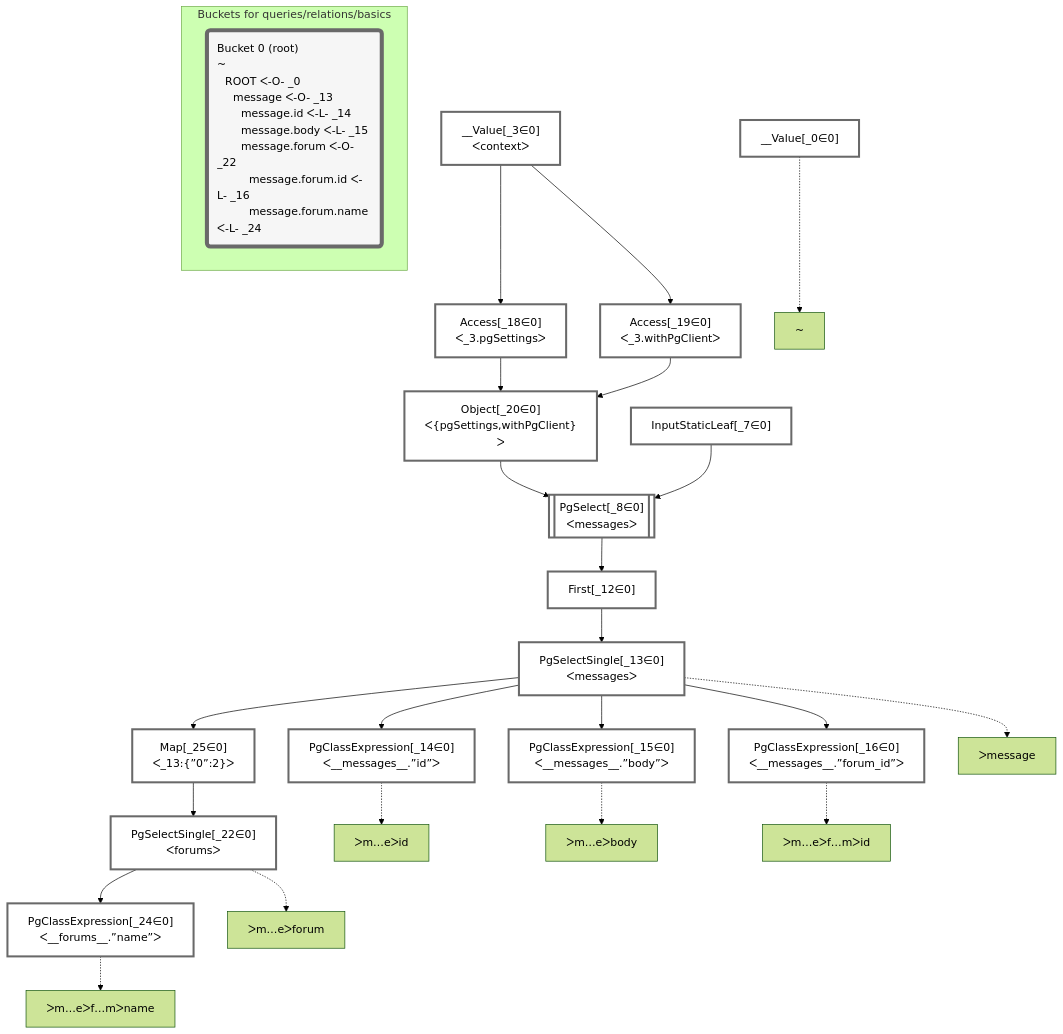
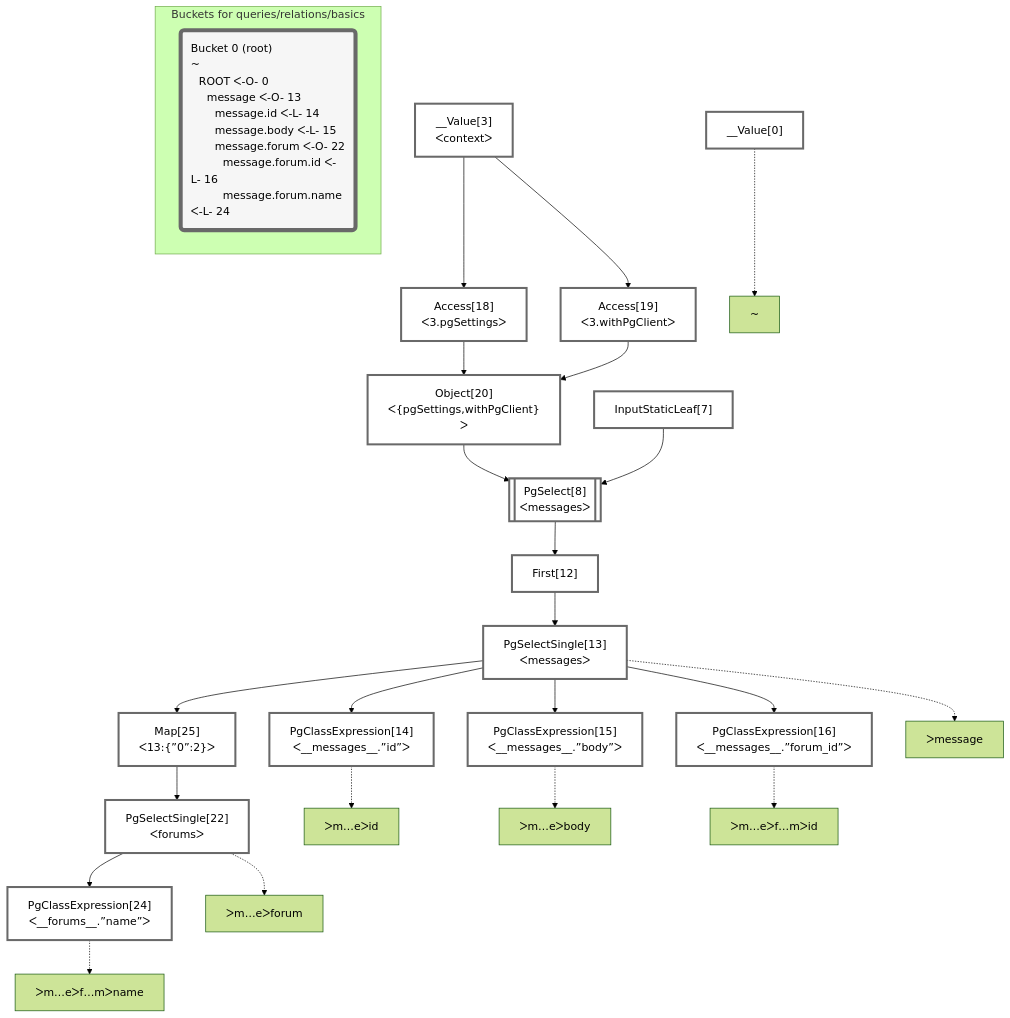
Before and after one commit to graphile/crystal: the diagram in packages/dataplan-pg/__tests__/queries/relations/basics.mermaid.md, drawn with Mermaid (forest theme). The commit also changed 195 other files, not shown here.

````diff
--- a/packages/dataplan-pg/__tests__/queries/relations/basics.mermaid.md
+++ b/packages/dataplan-pg/__tests__/queries/relations/basics.mermaid.md
@@ -1,62 +1,62 @@
 ```mermaid
 graph TD
     classDef path fill:#eee,stroke:#000,color:#000
     classDef plan fill:#fff,stroke-width:3px,color:#000
     classDef itemplan fill:#fff,stroke-width:6px,color:#000
     classDef sideeffectplan fill:#f00,stroke-width:6px,color:#000
     classDef bucket fill:#f6f6f6,color:#000,stroke-width:6px,text-align:left
 
 
     %% define plans
-    __Value_0["__Value[_0∈0]"]:::plan
-    PgClassExpression_14["PgClassExpression[_14∈0]<br />ᐸ__messages__.”id”ᐳ"]:::plan
-    PgClassExpression_15["PgClassExpression[_15∈0]<br />ᐸ__messages__.”body”ᐳ"]:::plan
-    PgClassExpression_16["PgClassExpression[_16∈0]<br />ᐸ__messages__.”forum_id”ᐳ"]:::plan
-    PgClassExpression_24["PgClassExpression[_24∈0]<br />ᐸ__forums__.”name”ᐳ"]:::plan
-    PgSelectSingle_22["PgSelectSingle[_22∈0]<br />ᐸforumsᐳ"]:::plan
-    Map_25["Map[_25∈0]<br />ᐸ_13:{”0”:2}ᐳ"]:::plan
-    PgSelectSingle_13["PgSelectSingle[_13∈0]<br />ᐸmessagesᐳ"]:::plan
-    First_12["First[_12∈0]"]:::plan
-    PgSelect_8[["PgSelect[_8∈0]<br />ᐸmessagesᐳ"]]:::plan
-    Object_20["Object[_20∈0]<br />ᐸ{pgSettings,withPgClient}ᐳ"]:::plan
-    Access_18["Access[_18∈0]<br />ᐸ_3.pgSettingsᐳ"]:::plan
-    Access_19["Access[_19∈0]<br />ᐸ_3.withPgClientᐳ"]:::plan
-    __Value_3["__Value[_3∈0]<br />ᐸcontextᐳ"]:::plan
-    InputStaticLeaf_7["InputStaticLeaf[_7∈0]"]:::plan
+    __Value0["__Value[0]"]:::plan
+    PgClassExpression14["PgClassExpression[14]<br />ᐸ__messages__.”id”ᐳ"]:::plan
+    PgClassExpression15["PgClassExpression[15]<br />ᐸ__messages__.”body”ᐳ"]:::plan
+    PgClassExpression16["PgClassExpression[16]<br />ᐸ__messages__.”forum_id”ᐳ"]:::plan
+    PgClassExpression24["PgClassExpression[24]<br />ᐸ__forums__.”name”ᐳ"]:::plan
+    PgSelectSingle22["PgSelectSingle[22]<br />ᐸforumsᐳ"]:::plan
+    Map25["Map[25]<br />ᐸ13:{”0”:2}ᐳ"]:::plan
+    PgSelectSingle13["PgSelectSingle[13]<br />ᐸmessagesᐳ"]:::plan
+    First12["First[12]"]:::plan
+    PgSelect8[["PgSelect[8]<br />ᐸmessagesᐳ"]]:::plan
+    Object20["Object[20]<br />ᐸ{pgSettings,withPgClient}ᐳ"]:::plan
+    Access18["Access[18]<br />ᐸ3.pgSettingsᐳ"]:::plan
+    Access19["Access[19]<br />ᐸ3.withPgClientᐳ"]:::plan
+    __Value3["__Value[3]<br />ᐸcontextᐳ"]:::plan
+    InputStaticLeaf7["InputStaticLeaf[7]"]:::plan
 
     %% plan dependencies
-    PgSelectSingle_13 --> PgClassExpression_14
-    PgSelectSingle_13 --> PgClassExpression_15
-    PgSelectSingle_13 --> PgClassExpression_16
-    PgSelectSingle_22 --> PgClassExpression_24
-    Map_25 --> PgSelectSingle_22
-    PgSelectSingle_13 --> Map_25
-    First_12 --> PgSelectSingle_13
-    PgSelect_8 --> First_12
-    Object_20 & InputStaticLeaf_7 --> PgSelect_8
-    Access_18 & Access_19 --> Object_20
-    __Value_3 --> Access_18
-    __Value_3 --> Access_19
+    PgSelectSingle13 --> PgClassExpression14
+    PgSelectSingle13 --> PgClassExpression15
+    PgSelectSingle13 --> PgClassExpression16
+    PgSelectSingle22 --> PgClassExpression24
+    Map25 --> PgSelectSingle22
+    PgSelectSingle13 --> Map25
+    First12 --> PgSelectSingle13
+    PgSelect8 --> First12
+    Object20 & InputStaticLeaf7 --> PgSelect8
+    Access18 & Access19 --> Object20
+    __Value3 --> Access18
+    __Value3 --> Access19
 
     %% plan-to-path relationships
-    P_0["~"]
-    __Value_0 -.-> P_0
-    P_13["ᐳmessage"]
-    PgSelectSingle_13 -.-> P_13
-    P_14["ᐳm…eᐳid"]
-    PgClassExpression_14 -.-> P_14
-    P_15["ᐳm…eᐳbody"]
-    PgClassExpression_15 -.-> P_15
-    P_16["ᐳm…eᐳf…mᐳid"]
-    PgClassExpression_16 -.-> P_16
-    P_22["ᐳm…eᐳforum"]
-    PgSelectSingle_22 -.-> P_22
-    P_24["ᐳm…eᐳf…mᐳname"]
-    PgClassExpression_24 -.-> P_24
+    P0["~"]
+    __Value0 -.-> P0
+    P13["ᐳmessage"]
+    PgSelectSingle13 -.-> P13
+    P14["ᐳm…eᐳid"]
+    PgClassExpression14 -.-> P14
+    P15["ᐳm…eᐳbody"]
+    PgClassExpression15 -.-> P15
+    P16["ᐳm…eᐳf…mᐳid"]
+    PgClassExpression16 -.-> P16
+    P22["ᐳm…eᐳforum"]
+    PgSelectSingle22 -.-> P22
+    P24["ᐳm…eᐳf…mᐳname"]
+    PgClassExpression24 -.-> P24
 
     subgraph "Buckets for queries/relations/basics"
-    Bucket0("Bucket 0 (root)<br />~<br />⠀ROOT ᐸ-O- _0<br />⠀⠀message ᐸ-O- _13<br />⠀⠀⠀message.id ᐸ-L- _14<br />⠀⠀⠀message.body ᐸ-L- _15<br />⠀⠀⠀message.forum ᐸ-O- _22<br />⠀⠀⠀⠀message.forum.id ᐸ-L- _16<br />⠀⠀⠀⠀message.forum.name ᐸ-L- _24"):::bucket
+    Bucket0("Bucket 0 (root)<br />~<br />⠀ROOT ᐸ-O- 0<br />⠀⠀message ᐸ-O- 13<br />⠀⠀⠀message.id ᐸ-L- 14<br />⠀⠀⠀message.body ᐸ-L- 15<br />⠀⠀⠀message.forum ᐸ-O- 22<br />⠀⠀⠀⠀message.forum.id ᐸ-L- 16<br />⠀⠀⠀⠀message.forum.name ᐸ-L- 24"):::bucket
     classDef bucket0 stroke:#696969
-    class Bucket0,__Value_0,__Value_3,InputStaticLeaf_7,PgSelect_8,First_12,PgSelectSingle_13,PgClassExpression_14,PgClassExpression_15,PgClassExpression_16,Access_18,Access_19,Object_20,PgSelectSingle_22,PgClassExpression_24,Map_25 bucket0
+    class Bucket0,__Value0,__Value3,InputStaticLeaf7,PgSelect8,First12,PgSelectSingle13,PgClassExpression14,PgClassExpression15,PgClassExpression16,Access18,Access19,Object20,PgSelectSingle22,PgClassExpression24,Map25 bucket0
     end
 ```
````
